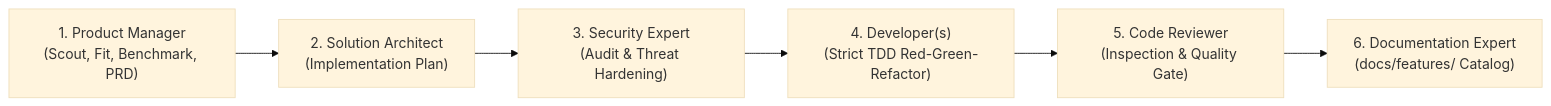
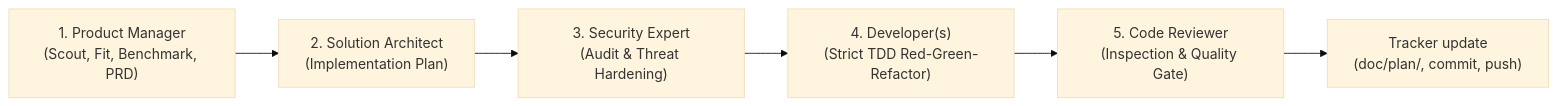
The diagram in AGENTS.md (themulle/autheris), drawn with Mermaid (base theme) before and after one commit. The commit also changed other lines of this file and 2 other files, not shown here.

First line of the commit message:
chore(governance): remove the documentation phase from the lifecycle

````diff
--- a/AGENTS.md
+++ b/AGENTS.md
@@ -99,8 +99,8 @@
 ```mermaid
 flowchart LR
     P1["1. Product Manager<br/>(Scout, Fit, Benchmark, PRD)"] --> P2["2. Solution Architect<br/>(Implementation Plan)"]
     P2 --> P3["3. Security Expert<br/>(Audit & Threat Hardening)"]
     P3 --> P4["4. Developer(s)<br/>(Strict TDD Red-Green-Refactor)"]
     P4 --> P5["5. Code Reviewer<br/>(Inspection & Quality Gate)"]
-    P5 --> P6["6. Documentation Expert<br/>(docs/features/ Catalog)"]
+    P5 --> T["Tracker update<br/>(doc/plan/, commit, push)"]
 ```
````
